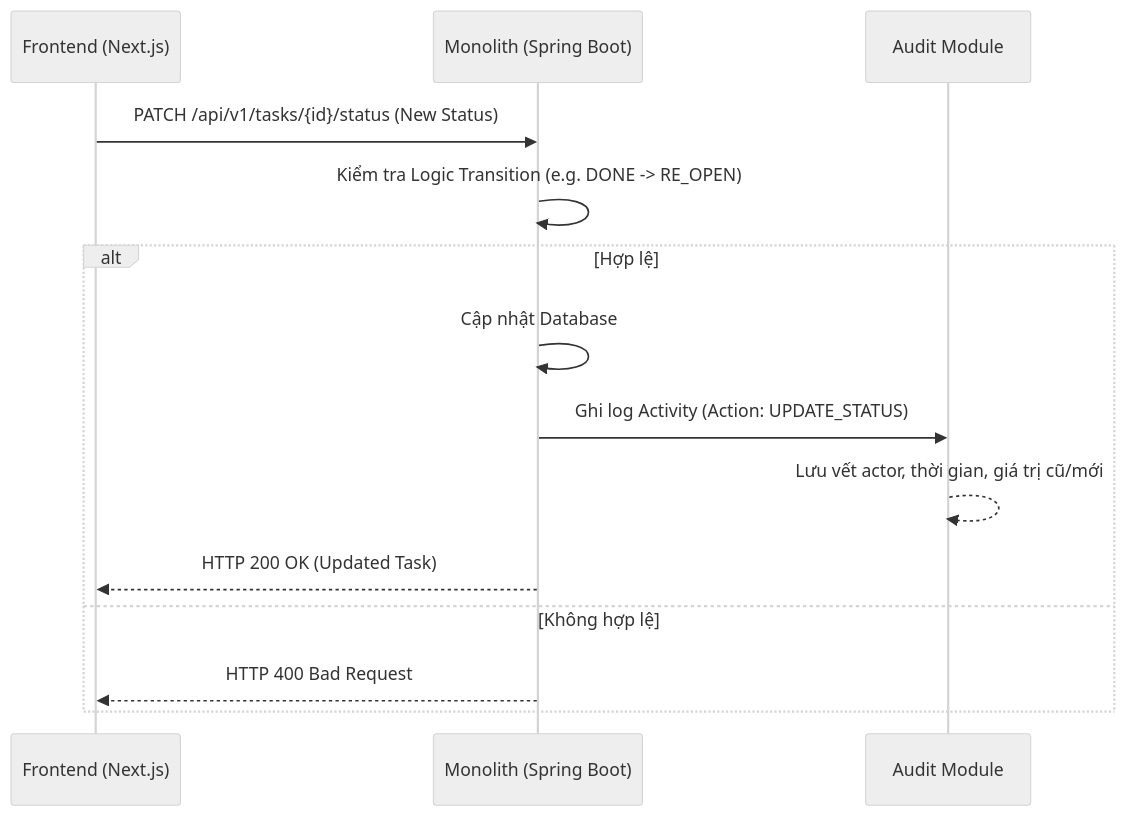
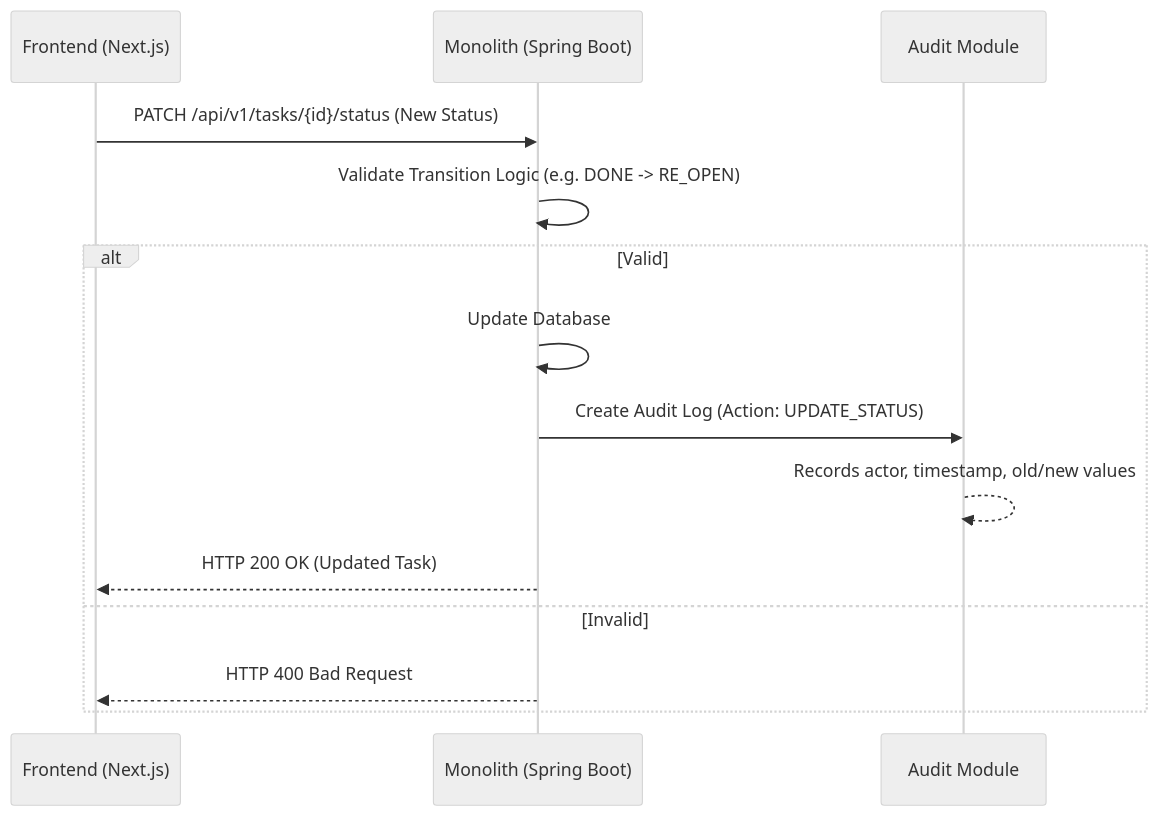
One commit to Hikaru203/project-manager changed the third of 3 diagrams in README.md. Above: the diagram before and after it, drawn with Mermaid (neutral theme). The commit also changed other lines of this file and 2 other files, not shown here.

````diff
--- a/README.md
+++ b/README.md
@@ -66,17 +68,17 @@
 ```mermaid
 sequenceDiagram
     participant FE as Frontend (Next.js)
     participant BE as Monolith (Spring Boot)
     participant AU as Audit Module
     
     FE->>BE: PATCH /api/v1/tasks/{id}/status (New Status)
-    BE->>BE: Kiểm tra Logic Transition (e.g. DONE -> RE_OPEN)
-    alt Hợp lệ
-        BE->>BE: Cập nhật Database
-        BE->>AU: Ghi log Activity (Action: UPDATE_STATUS)
-        AU-->>AU: Lưu vết actor, thời gian, giá trị cũ/mới
+    BE->>BE: Validate Transition Logic (e.g. DONE -> RE_OPEN)
+    alt Valid
+        BE->>BE: Update Database
+        BE->>AU: Create Audit Log (Action: UPDATE_STATUS)
+        AU-->>AU: Records actor, timestamp, old/new values
         BE-->>FE: HTTP 200 OK (Updated Task)
-    else Không hợp lệ
+    else Invalid
         BE-->>FE: HTTP 400 Bad Request
     end
 ```
````
